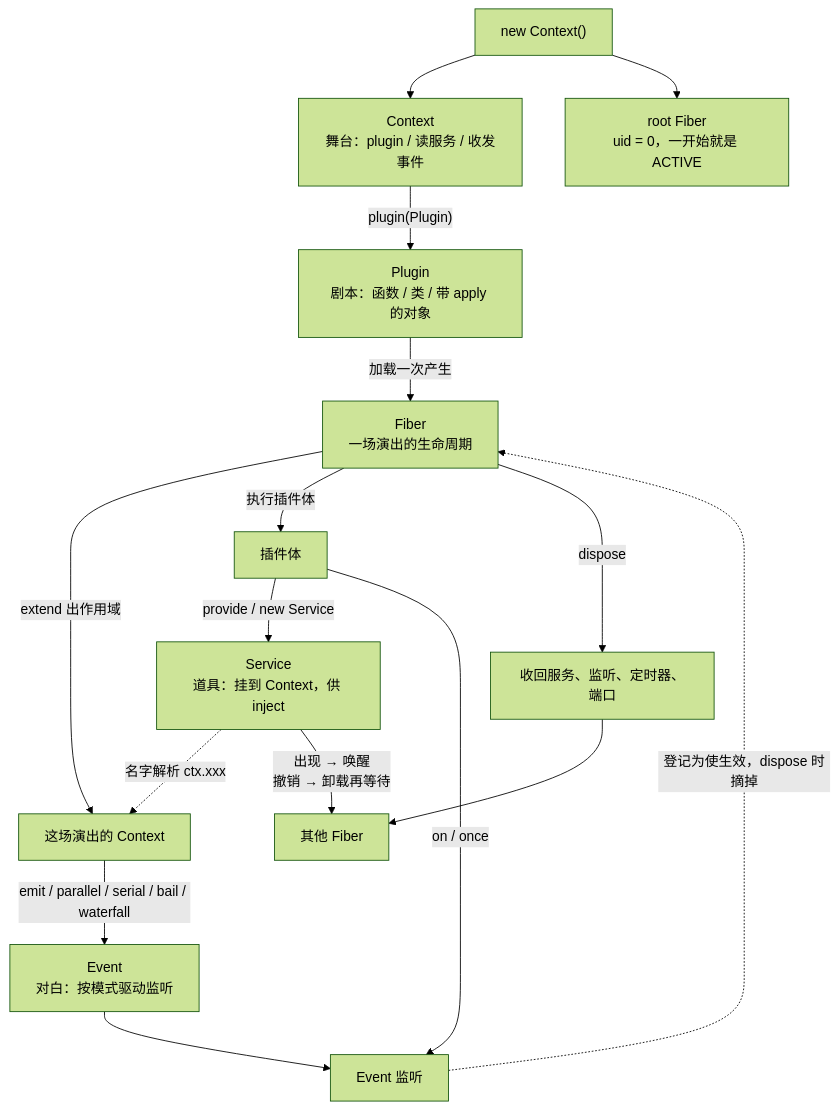
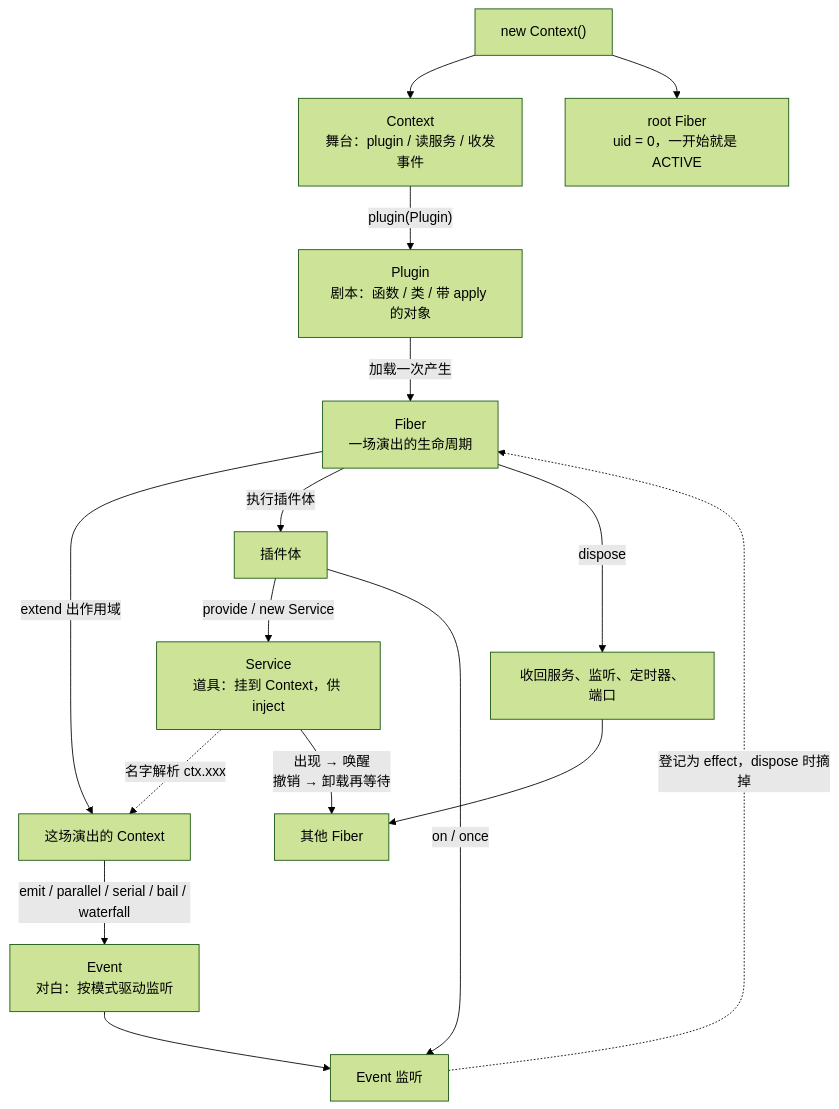
One commit to anthonyzhao-4926/blog changed the diagram in dsh/cordis_api.md. Above: the diagram before and after it, drawn with Mermaid (forest theme). The commit also changed other lines of this file and 7 other files, not shown here.

````diff
--- a/dsh/cordis_api.md
+++ b/dsh/cordis_api.md
@@ -39,23 +39,23 @@
 ```mermaid
 flowchart TB
   newCtx["new Context()"]
   newCtx --> C["Context<br/>舞台：plugin / 读服务 / 收发事件"]
   newCtx --> RootF["root Fiber<br/>uid = 0，一开始就是 ACTIVE"]
 
   C -->|"plugin(Plugin)"| P["Plugin<br/>剧本：函数 / 类 / 带 apply 的对象"]
   P -->|"加载一次产生"| F["Fiber<br/>一场演出的生命周期"]
   F -->|"extend 出作用域"| C2["这场演出的 Context"]
   F -->|"执行插件体"| Body["插件体"]
 
   Body -->|"provide / new Service"| S["Service<br/>道具：挂到 Context，供 inject"]
   S -.->|"名字解析 ctx.xxx"| C2
   S -->|"出现 → 唤醒<br/>撤销 → 卸载再等待"| OtherF["其他 Fiber"]
 
   Body -->|"on / once"| L["Event 监听"]
   C2 -->|"emit / parallel / serial / bail / waterfall"| E["Event<br/>对白：按模式驱动监听"]
   E --> L
-  L -.->|"登记为使生效，dispose 时摘掉"| F
+  L -.->|"登记为 effect，dispose 时摘掉"| F
 
   F -->|"dispose"| Clean["收回服务、监听、定时器、端口"]
   Clean --> OtherF
 ```
````
